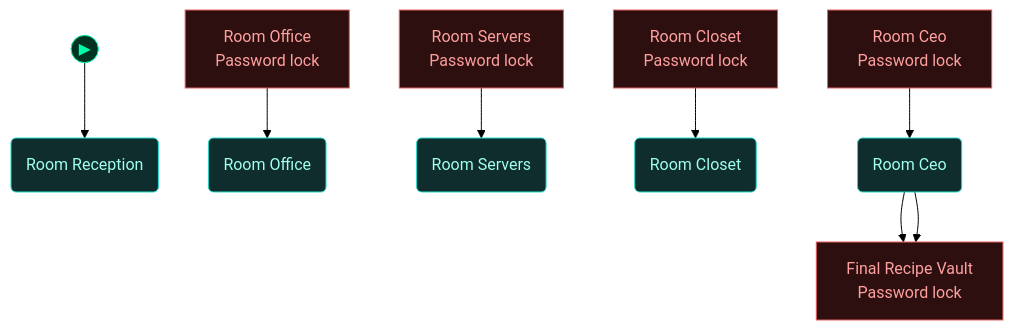
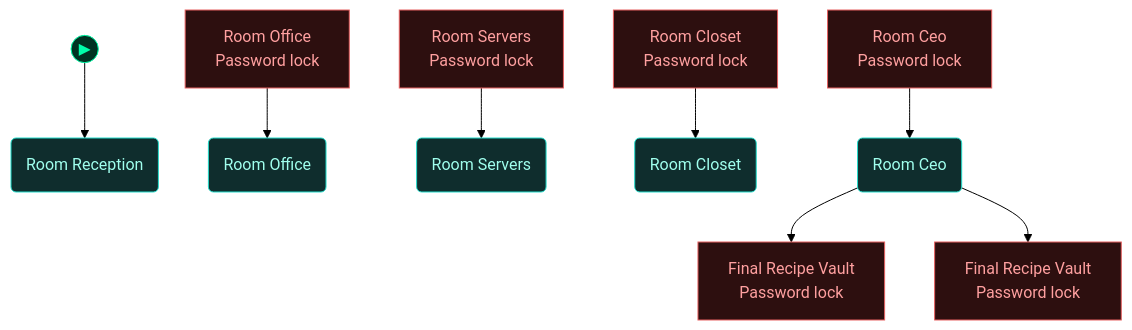
The third of 5 diagrams in scenarios/crypto4_encoding_encryption/dungeon_graph.md (cliffe/BreakEscape), drawn with Mermaid (forest theme) before and after one commit. The commit also changed other lines of this file and 66 other files, not shown here.

First line of the commit message:
feat: update dungeon graphs for test_social_slice and add test_unlock_silence scenario

````diff
--- a/scenarios/crypto4_encoding_encryption/dungeon_graph.md
+++ b/scenarios/crypto4_encoding_encryption/dungeon_graph.md
@@ -125,43 +126,44 @@
 ```mermaid
 flowchart TD
 
   classDef room      fill:#0f2d2d,stroke:#22ddcc,color:#a0ffee
   classDef lock      fill:#2d0f0f,stroke:#e66060,color:#ffa0a0
   classDef key       fill:#2d0812,stroke:#e66060,color:#ffa0a0
   classDef item      fill:#2d1200,stroke:#e89030,color:#ffcc80
   classDef gate      fill:#111,stroke:#666,color:#eee
   classDef vm        fill:#0c1f40,stroke:#4a90d9,color:#a0c8ff
   classDef flag      fill:#1a0c2d,stroke:#9060d0,color:#cc99ff
   classDef action    fill:#1a1200,stroke:#cc9922,color:#ffee88
   classDef aim       fill:#0d2a0d,stroke:#44cc44,color:#88ff88
   classDef aim_gate  fill:#111111,stroke:#44cc44,color:#44cc44
   classDef container fill:#1a2d1a,stroke:#60b060,color:#a0e0a0
   classDef npc       fill:#2d1f0d,stroke:#d0a050,color:#ffe0a0
   classDef critical  fill:#2a1500,stroke:#ffaa00,color:#ffdd88
   classDef start     fill:#003322,stroke:#00ffaa,color:#00ffaa
 
   node_start(("▶"))
   node_start --> room_reception
 
   door_room_office["Room Office<br/>Password lock"]
   room_office("Room Office")
   door_room_servers["Room Servers<br/>Password lock"]
   room_servers("Room Servers")
   door_room_closet["Room Closet<br/>Password lock"]
   room_closet("Room Closet")
   door_room_ceo["Room Ceo<br/>Password lock"]
   room_ceo("Room Ceo")
   lock_final_recipe_vault["Final Recipe Vault<br/>Password lock"]
+  lock_final_recipe_vault_2["Final Recipe Vault<br/>Password lock"]
   room_reception("Room Reception")
 
   door_room_office --> room_office
   door_room_servers --> room_servers
   door_room_closet --> room_closet
   door_room_ceo --> room_ceo
   room_ceo --> lock_final_recipe_vault
-  room_ceo --> lock_final_recipe_vault
+  room_ceo --> lock_final_recipe_vault_2
 
-  class door_room_office,door_room_servers,door_room_closet,door_room_ceo,lock_final_recipe_vault lock
+  class door_room_office,door_room_servers,door_room_closet,door_room_ceo,lock_final_recipe_vault,lock_final_recipe_vault_2 lock
   class room_office,room_servers,room_closet,room_ceo,room_reception room
   class node_start start
 ```
````
